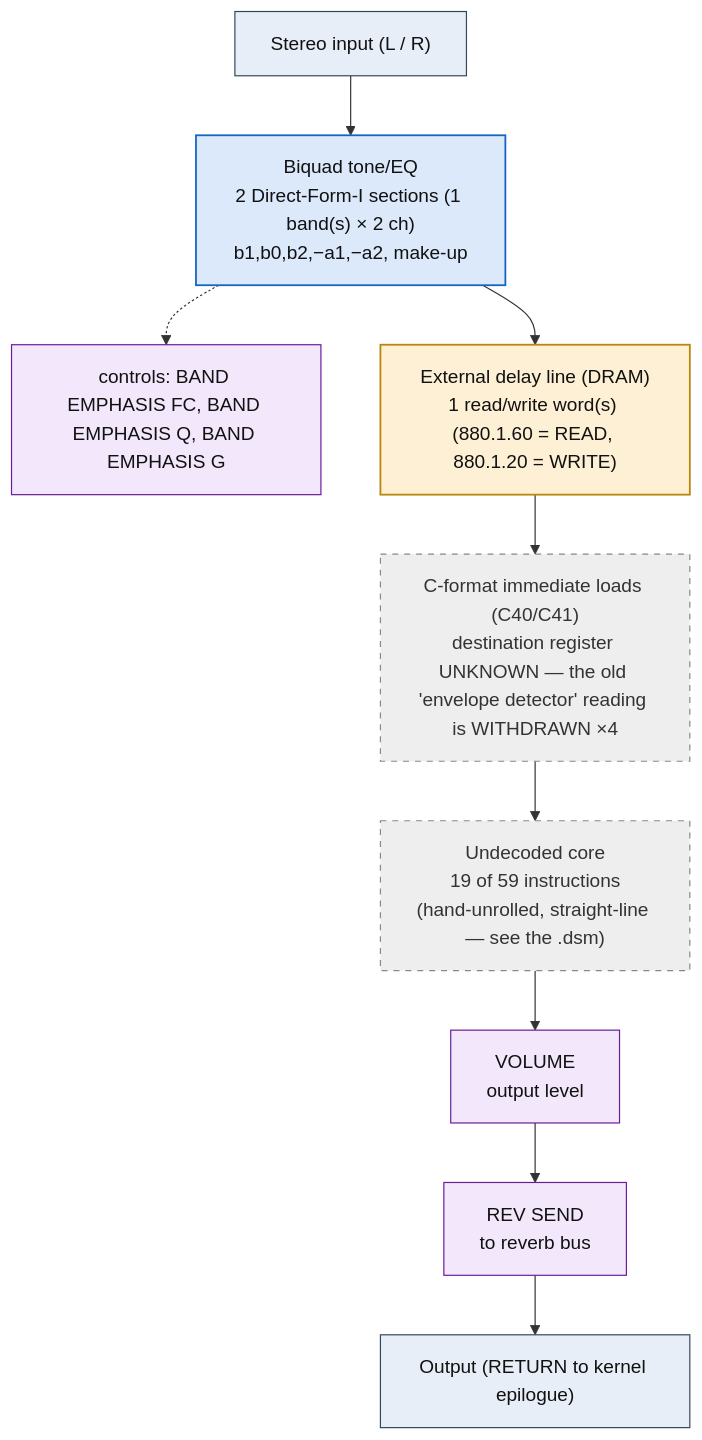
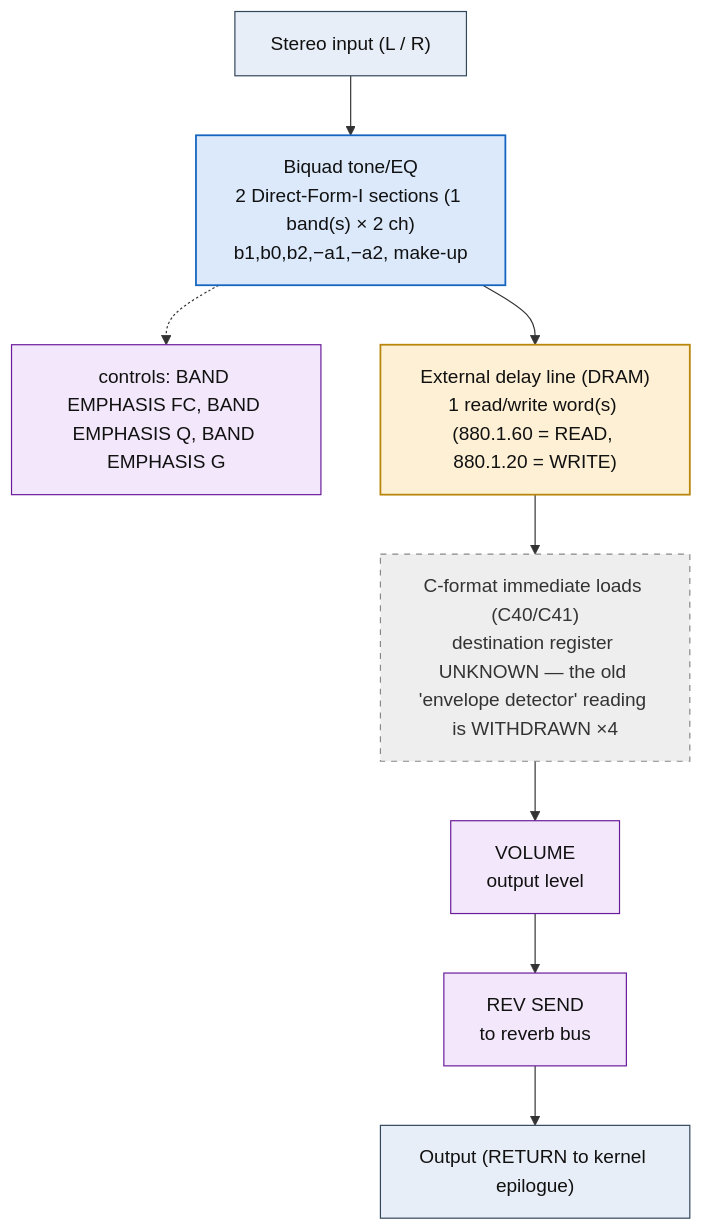
One commit to ArqueologiaDigital/kn5000-roms-disasm changed the diagram in dsp/flowcharts/prog75_peq_compressor.md. Above: the diagram before and after it, drawn with Mermaid. The commit also changed other lines of this file and 39 other files, not shown here.

First line of the commit message:
dsp: annotate all flowcharts with the classic effect topology each shape matches

````diff
--- a/dsp/flowcharts/prog75_peq_compressor.md
+++ b/dsp/flowcharts/prog75_peq_compressor.md
@@ -12,32 +12,30 @@
 ```mermaid
 flowchart TD
     N0["Stereo input (L / R)"]
     N1["Biquad tone/EQ<br/>2 Direct-Form-I sections (1 band(s) &times; 2 ch)<br/>b1,b0,b2,&minus;a1,&minus;a2, make-up"]
     N0 --> N1
     N2["controls: BAND EMPHASIS FC, BAND EMPHASIS Q, BAND EMPHASIS G"]
     N1 -.-> N2
     N3["External delay line (DRAM)<br/>1 read/write word(s) (880.1.60 = READ, 880.1.20 = WRITE)"]
     N1 --> N3
     N4["C-format immediate loads (C40/C41)<br/>destination register UNKNOWN &mdash; the old 'envelope detector' reading is WITHDRAWN &times;4"]
     N3 --> N4
-    N5["Undecoded core<br/>19 of 59 instructions<br/>(hand-unrolled, straight-line &mdash; see the .dsm)"]
+    N5["VOLUME<br/>output level"]
     N4 --> N5
-    N6["VOLUME<br/>output level"]
+    N6["REV SEND<br/>to reverb bus"]
     N5 --> N6
-    N7["REV SEND<br/>to reverb bus"]
+    N7["Output (RETURN to kernel epilogue)"]
     N6 --> N7
-    N8["Output (RETURN to kernel epilogue)"]
-    N7 --> N8
 
     classDef io fill:#e8eef7,stroke:#33475b,stroke-width:1px,color:#111;
     classDef proven fill:#d7f0d7,stroke:#2e7d32,stroke-width:2px,color:#111;
     classDef measured fill:#dbe9fb,stroke:#1565c0,stroke-width:1.5px,color:#111;
     classDef inferred fill:#fdf0d5,stroke:#b8860b,stroke-width:1.5px,color:#111;
     classDef open fill:#eeeeee,stroke:#888,stroke-width:1px,color:#333,stroke-dasharray:5 5;
     classDef ctrl fill:#f3e8fb,stroke:#6a1b9a,stroke-width:1px,color:#111;
-    class N0,N8 io;
+    class N0,N7 io;
     class N1 measured;
-    class N2,N6,N7 ctrl;
+    class N2,N5,N6 ctrl;
     class N3 inferred;
-    class N4,N5 open;
+    class N4 open;
 ```
````
